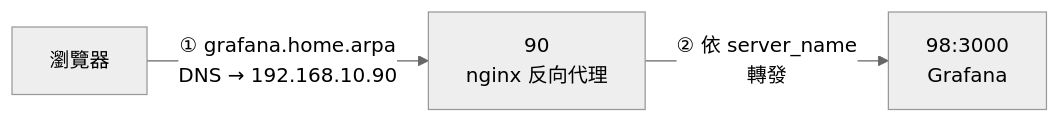
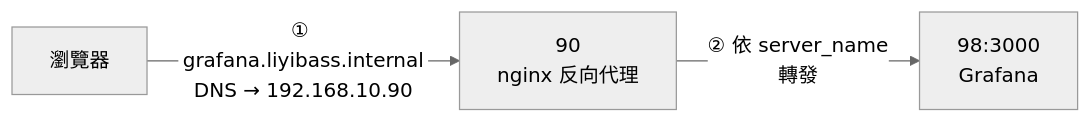
The second of 2 diagrams in playground/liyi-server/實戰筆記/03-三套DNS與自架區網解析.md (liyibass/software-engineer-roadmap), drawn with Mermaid (neutral theme) before and after one commit. The commit also changed other lines of this file and 3 other files, not shown here.

First line of the commit message:
docs: 區網網域改為 .liyibass.internal，並補充網域選擇的判準

````diff
--- a/playground/liyi-server/實戰筆記/03-三套DNS與自架區網解析.md
+++ b/playground/liyi-server/實戰筆記/03-三套DNS與自架區網解析.md
@@ -226,8 +243,8 @@
 ```mermaid
 flowchart LR
     U["瀏覽器"]
     N["90<br/>nginx 反向代理"]
     G["98:3000<br/>Grafana"]
-    U -->|"① grafana.home.arpa<br/>DNS → 192.168.10.90"| N
+    U -->|"① grafana.liyibass.internal<br/>DNS → 192.168.10.90"| N
     N -->|"② 依 server_name<br/>轉發"| G
 ```
````
